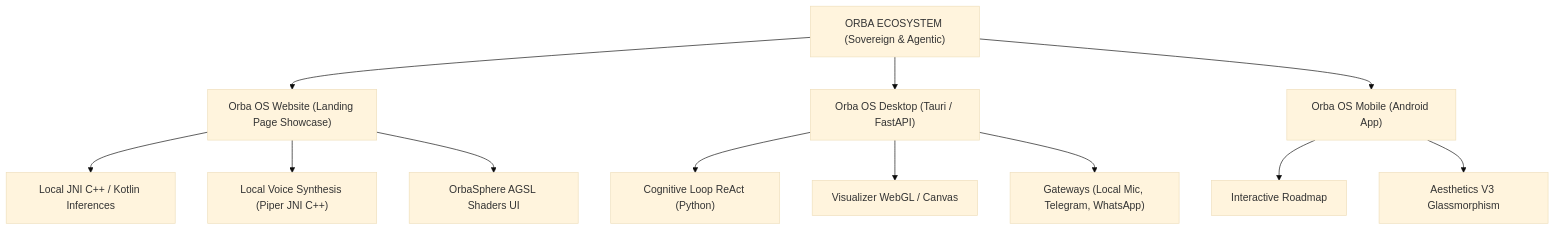
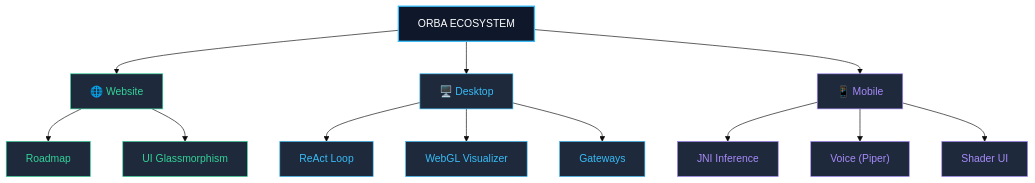
One commit to AlexKoncept/ORBA_OS changed the first of 2 diagrams in README.md. Above: the diagram before and after it, drawn with Mermaid (base theme). The commit also changed other lines of this file, not shown here.

````diff
--- a/README.md
+++ b/README.md
@@ -49,17 +48,59 @@
 ```mermaid
 graph TD
-    A["ORBA ECOSYSTEM (Sovereign & Agentic)"] --> D["Orba OS Website (Landing Page Showcase)"]
-    A --> C["Orba OS Desktop (Tauri / FastAPI)"]
-    A --> B["Orba OS Mobile (Android App)"]
 
-    D --> D1["Local JNI C++ / Kotlin Inferences"]
-    D --> D2["Local Voice Synthesis (Piper JNI C++)"]
-    D --> D3["OrbaSphere AGSL Shaders UI"]
+%% === CORE ===
+A["ORBA ECOSYSTEM"]
 
-    C --> C1["Cognitive Loop ReAct (Python)"]
-    C --> C2["Visualizer WebGL / Canvas"]
-    C --> C3["Gateways (Local Mic, Telegram, WhatsApp)"]
+%% === MAIN MODULES ===
+D["🌐 Website"]
+C["🖥️ Desktop"]
+B["📱 Mobile"]
 
-    B --> B1["Interactive Roadmap"]
-    B --> B2["Aesthetics V3 Glassmorphism"]
+%% === MOBILE ===
+B1["JNI Inference"]
+B2["Voice (Piper)"]
+B3["Shader UI"]
+
+%% === DESKTOP ===
+C1["ReAct Loop"]
+C2["WebGL Visualizer"]
+C3["Gateways"]
+
+%% === WEBSITE ===
+D1["Roadmap"]
+D2["UI Glassmorphism"]
+
+%% === LINKS ===
+A --> D
+A --> C
+A --> B
+
+D --> D1
+D --> D2
+
+C --> C1
+C --> C2
+C --> C3
+
+B --> B1
+B --> B2
+B --> B3
+
+%% === STYLES ===
+classDef core fill:#0f172a,color:#ffffff,stroke:#38bdf8,stroke-width:2px;
+
+classDef web fill:#1e293b,color:#34d399,stroke:#34d399;
+
+classDef desktop fill:#1e293b,color:#38bdf8,stroke:#38bdf8;
+
+classDef mobile fill:#1e293b,color:#a78bfa,stroke:#a78bfa;
+
+classDef sub fill:#020617,color:#e2e8f0,stroke:#475569;
+
+%% === CLASSES ===
+class A core;
+
+class D,D1,D2 web;
+class C,C1,C2,C3 desktop;
+class B,B1,B2,B3 mobile;
 ```
````
